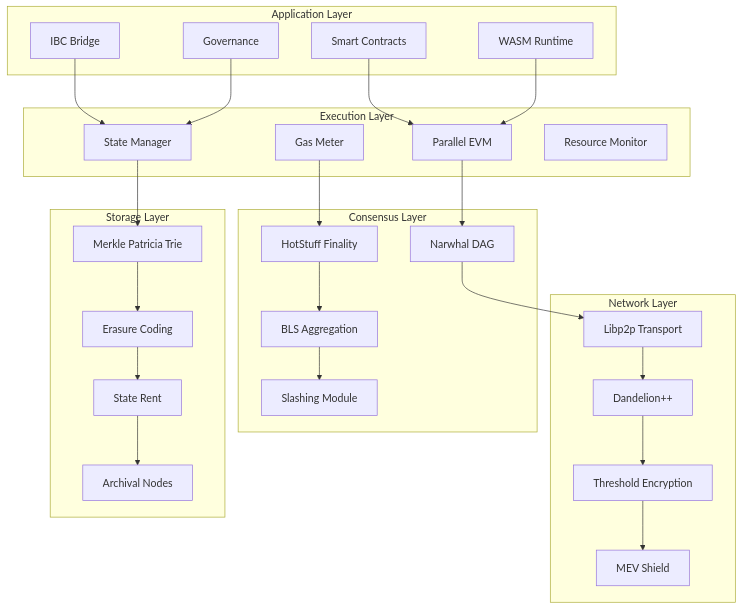
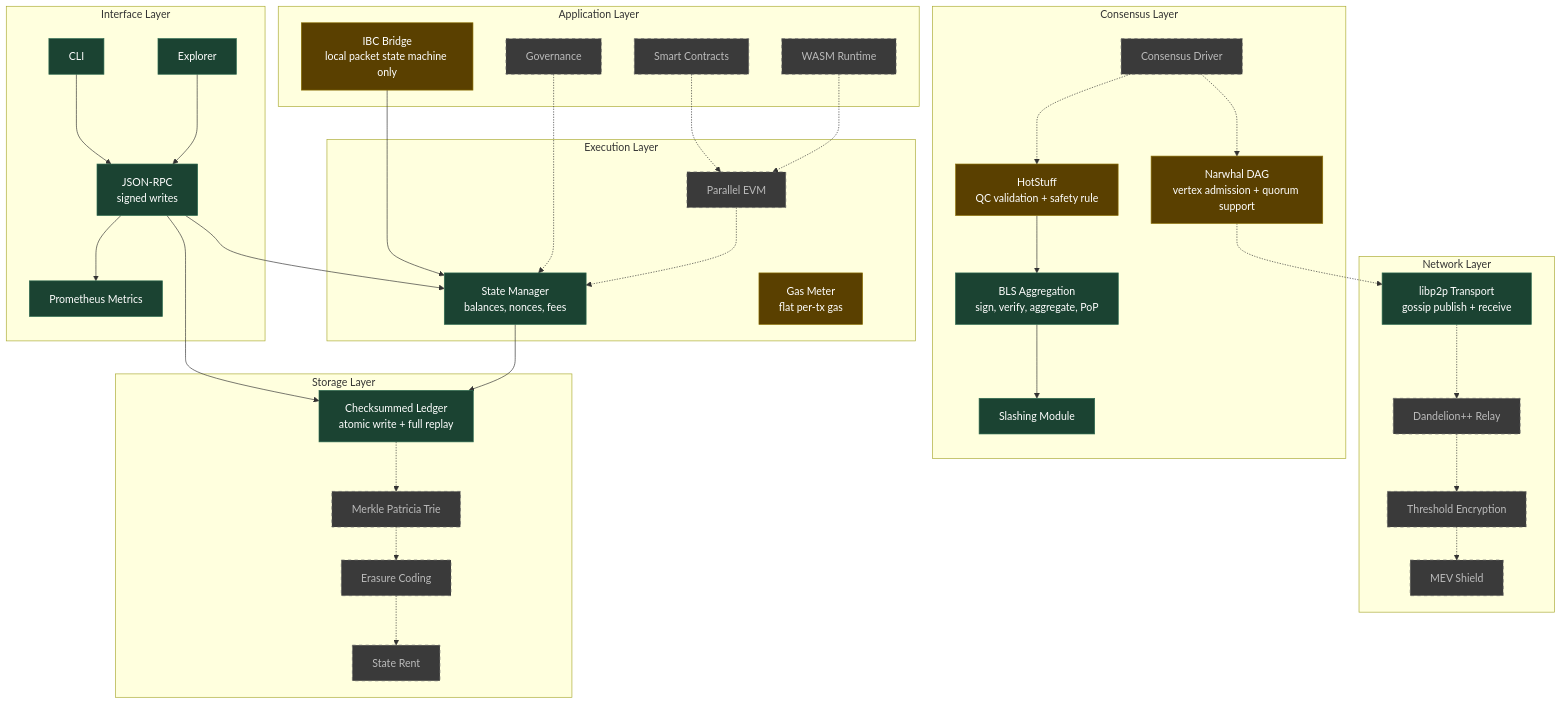
The diagram in diagrams/architecture.mmd (zulfff/SubHost-demo), drawn with Mermaid before and after one commit. The commit also changed 71 other files, not shown here.

```diff
--- a/diagrams/architecture.mmd
+++ b/diagrams/architecture.mmd
@@ -1,56 +1,75 @@
+%% TARGET architecture, not the current runtime topology.
+%% See the status table in README.md for what is implemented today.
+%% Solid borders are implemented; dashed borders are not.
 graph TB
     subgraph "Application Layer"
-        SC[Smart Contracts]
-        WR[WASM Runtime]
-        IBC[IBC Bridge]
-        GOV[Governance]
+        SC[Smart Contracts]:::planned
+        WR[WASM Runtime]:::planned
+        IBC[IBC Bridge<br/>local packet state machine only]:::partial
+        GOV[Governance]:::planned
     end
 
     subgraph "Execution Layer"
-        EVM[Parallel EVM]
-        SM[State Manager]
-        GM[Gas Meter]
-        RM[Resource Monitor]
+        EVM[Parallel EVM]:::planned
+        SM[State Manager<br/>balances, nonces, fees]:::done
+        GM[Gas Meter<br/>flat per-tx gas]:::partial
     end
 
     subgraph "Consensus Layer"
-        DAG[Narwhal DAG]
-        HS[HotStuff Finality]
-        BLS[BLS Aggregation]
-        SL[Slashing Module]
+        DAG[Narwhal DAG<br/>vertex admission + quorum support]:::partial
+        HS[HotStuff<br/>QC validation + safety rule]:::partial
+        BLS[BLS Aggregation<br/>sign, verify, aggregate, PoP]:::done
+        SL[Slashing Module]:::done
+        LOOP[Consensus Driver]:::planned
     end
 
     subgraph "Network Layer"
-        P2P[Libp2p Transport]
-        DP[Dandelion++]
-        TE[Threshold Encryption]
-        MS[MEV Shield]
+        P2P[libp2p Transport<br/>gossip publish + receive]:::done
+        DP[Dandelion++ Relay]:::planned
+        TE[Threshold Encryption]:::planned
+        MS[MEV Shield]:::planned
     end
 
     subgraph "Storage Layer"
-        MPT[Merkle Patricia Trie]
-        EC[Erasure Coding]
-        SR[State Rent]
-        AR[Archival Nodes]
+        LEDGER[Checksummed Ledger<br/>atomic write + full replay]:::done
+        MPT[Merkle Patricia Trie]:::planned
+        EC[Erasure Coding]:::planned
+        SR[State Rent]:::planned
     end
 
-    SC --> EVM
-    WR --> EVM
+    subgraph "Interface Layer"
+        RPC[JSON-RPC<br/>signed writes]:::done
+        CLI[CLI]:::done
+        EXP[Explorer]:::done
+        MET[Prometheus Metrics]:::done
+    end
+
+    CLI --> RPC
+    EXP --> RPC
+    RPC --> SM
+    RPC --> LEDGER
+    RPC --> MET
+
+    SC -.-> EVM
+    WR -.-> EVM
     IBC --> SM
-    GOV --> SM
-    
-    EVM --> DAG
-    SM --> MPT
-    GM --> HS
-    
-    DAG --> P2P
+    GOV -.-> SM
+    EVM -.-> SM
+
+    SM --> LEDGER
+    LEDGER -.-> MPT
+    MPT -.-> EC
+    EC -.-> SR
+
+    LOOP -.-> DAG
+    LOOP -.-> HS
+    DAG -.-> P2P
     HS --> BLS
     BLS --> SL
-    
-    P2P --> DP
-    DP --> TE
-    TE --> MS
-    
-    MPT --> EC
-    EC --> SR
-    SR --> AR
+    P2P -.-> DP
+    DP -.-> TE
+    TE -.-> MS
+
+    classDef done fill:#1b4332,stroke:#2d6a4f,color:#fff
+    classDef partial fill:#5a4000,stroke:#8a6d00,color:#fff
+    classDef planned fill:#3a3a3a,stroke:#666,color:#bbb,stroke-dasharray: 5 5
```
